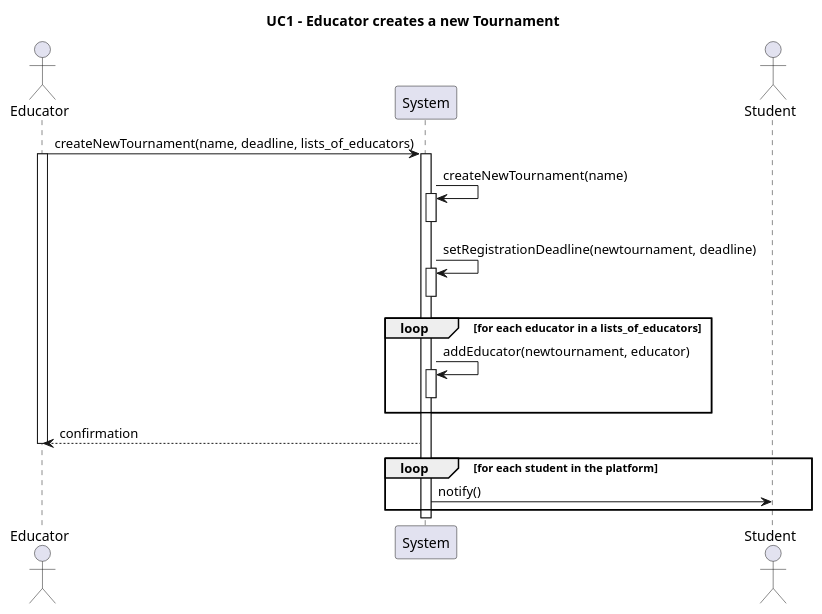
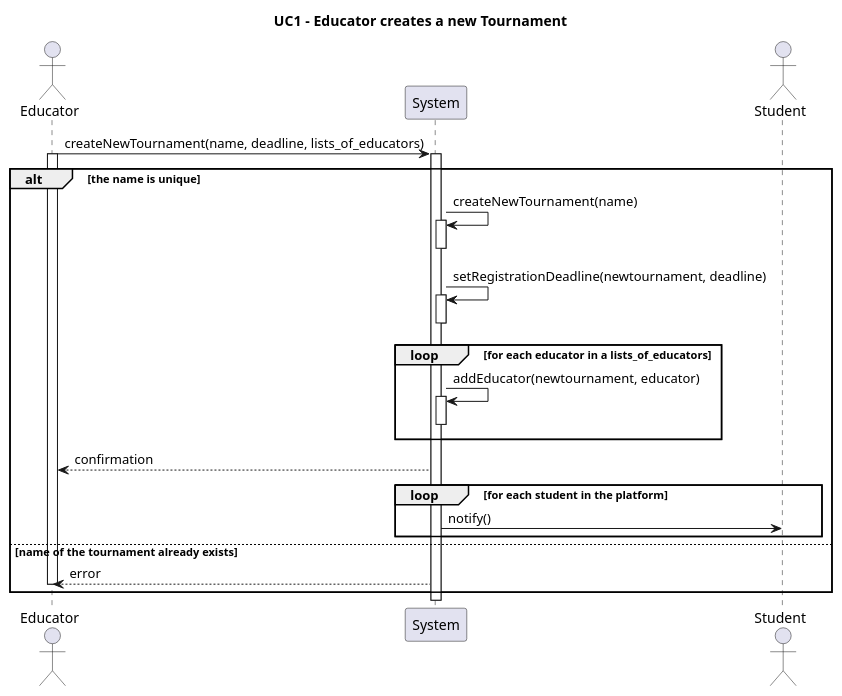
One commit to Furrrlo/CodeKataBattle changed the diagram in rasd/puml/UC1.puml. Above: the diagram before and after it, drawn with PlantUML. The commit also changed 2 other files, not shown here.

```diff
--- a/rasd/puml/UC1.puml
+++ b/rasd/puml/UC1.puml
@@ -1,33 +1,39 @@
 @startuml UC1
 title UC1 - Educator creates a new Tournament    
 
 actor Educator
 
 participant System
 actor Student
 
 
 Educator -> System ++: createNewTournament(name, deadline, lists_of_educators)
+alt the name is unique
+
 activate Educator
 
 System -> System ++: createNewTournament(name)
 deactivate System
 
 System -> System ++: setRegistrationDeadline(newtournament, deadline)
 deactivate System
 
 loop for each educator in a lists_of_educators
     System -> System ++: addEducator(newtournament, educator)
     deactivate System
 end
 
 System --> Educator : confirmation
-deactivate Educator
+
 
 loop for each student in the platform
     System -> Student : notify()
 
 end
+else name of the tournament already exists
+    System --> Educator : error
+    deactivate Educator
+end
 
 
 @enduml
```
